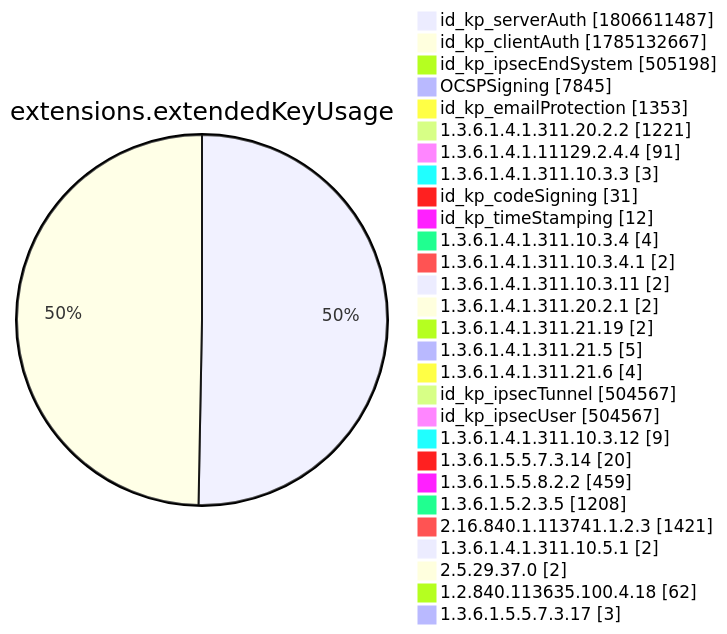
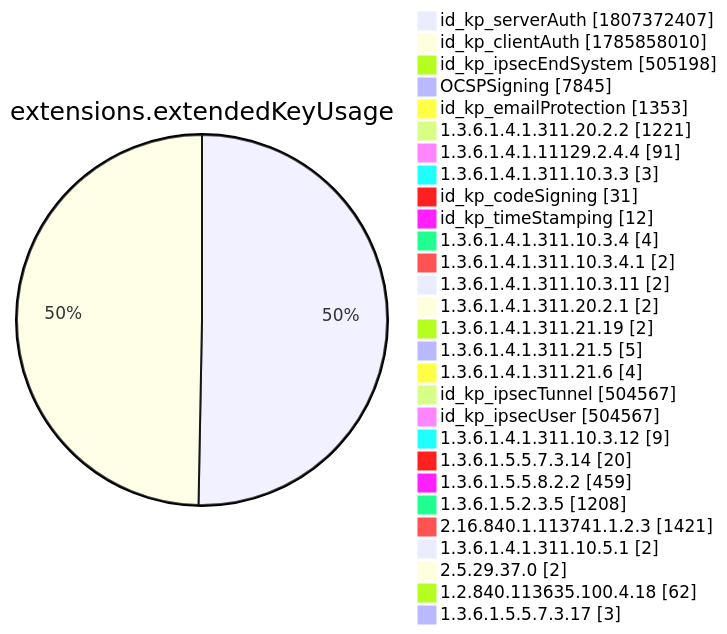
Before and after one commit to christiankrug/ctmonitor_visualization: diagram 12 of 15 in xenon2022/README.md, drawn with Mermaid. The commit also changed other lines of this file, not shown here.

````diff
--- a/xenon2022/README.md
+++ b/xenon2022/README.md
@@ -3895,32 +3895,32 @@
 ```mermaid
 pie showData
 title extensions.extendedKeyUsage
-"id_kp_serverAuth" :1806611487
-"id_kp_clientAuth" :1785132667
+"id_kp_serverAuth" :1807372407
+"id_kp_clientAuth" :1785858010
 "id_kp_ipsecEndSystem" :505198
 "OCSPSigning" :7845
 "id_kp_emailProtection" :1353
 "1.3.6.1.4.1.311.20.2.2" :1221
 "1.3.6.1.4.1.11129.2.4.4" :91
 "1.3.6.1.4.1.311.10.3.3" :3
 "id_kp_codeSigning" :31
 "id_kp_timeStamping" :12
 "1.3.6.1.4.1.311.10.3.4" :4
 "1.3.6.1.4.1.311.10.3.4.1" :2
 "1.3.6.1.4.1.311.10.3.11" :2
 "1.3.6.1.4.1.311.20.2.1" :2
 "1.3.6.1.4.1.311.21.19" :2
 "1.3.6.1.4.1.311.21.5" :5
 "1.3.6.1.4.1.311.21.6" :4
 "id_kp_ipsecTunnel" :504567
 "id_kp_ipsecUser" :504567
 "1.3.6.1.4.1.311.10.3.12" :9
 "1.3.6.1.5.5.7.3.14" :20
 "1.3.6.1.5.5.8.2.2" :459
 "1.3.6.1.5.2.3.5" :1208
 "2.16.840.1.113741.1.2.3" :1421
 "1.3.6.1.4.1.311.10.5.1" :2
 "2.5.29.37.0" :2
 "1.2.840.113635.100.4.18" :62
 "1.3.6.1.5.5.7.3.17" :3
 ```
````
